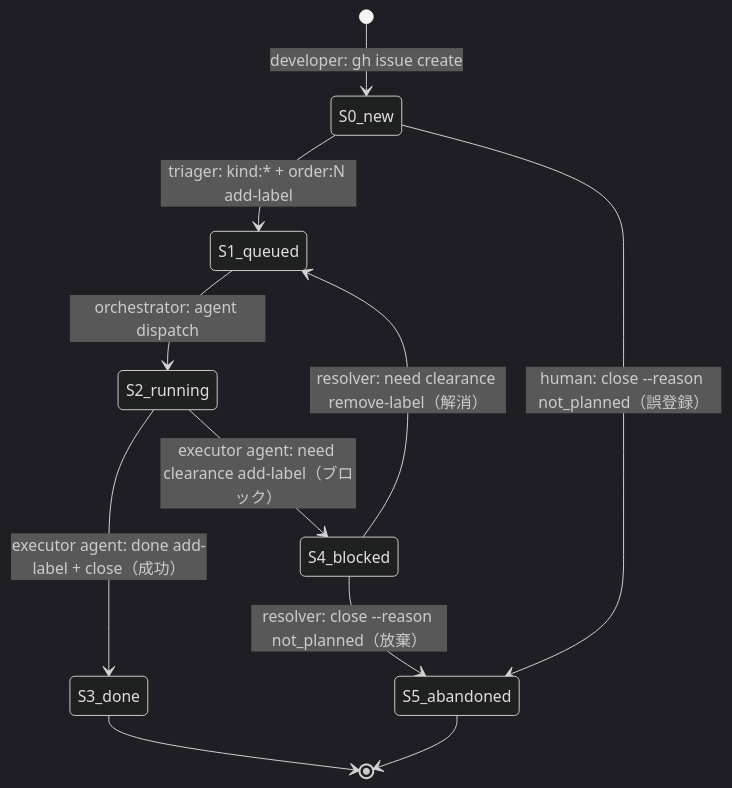
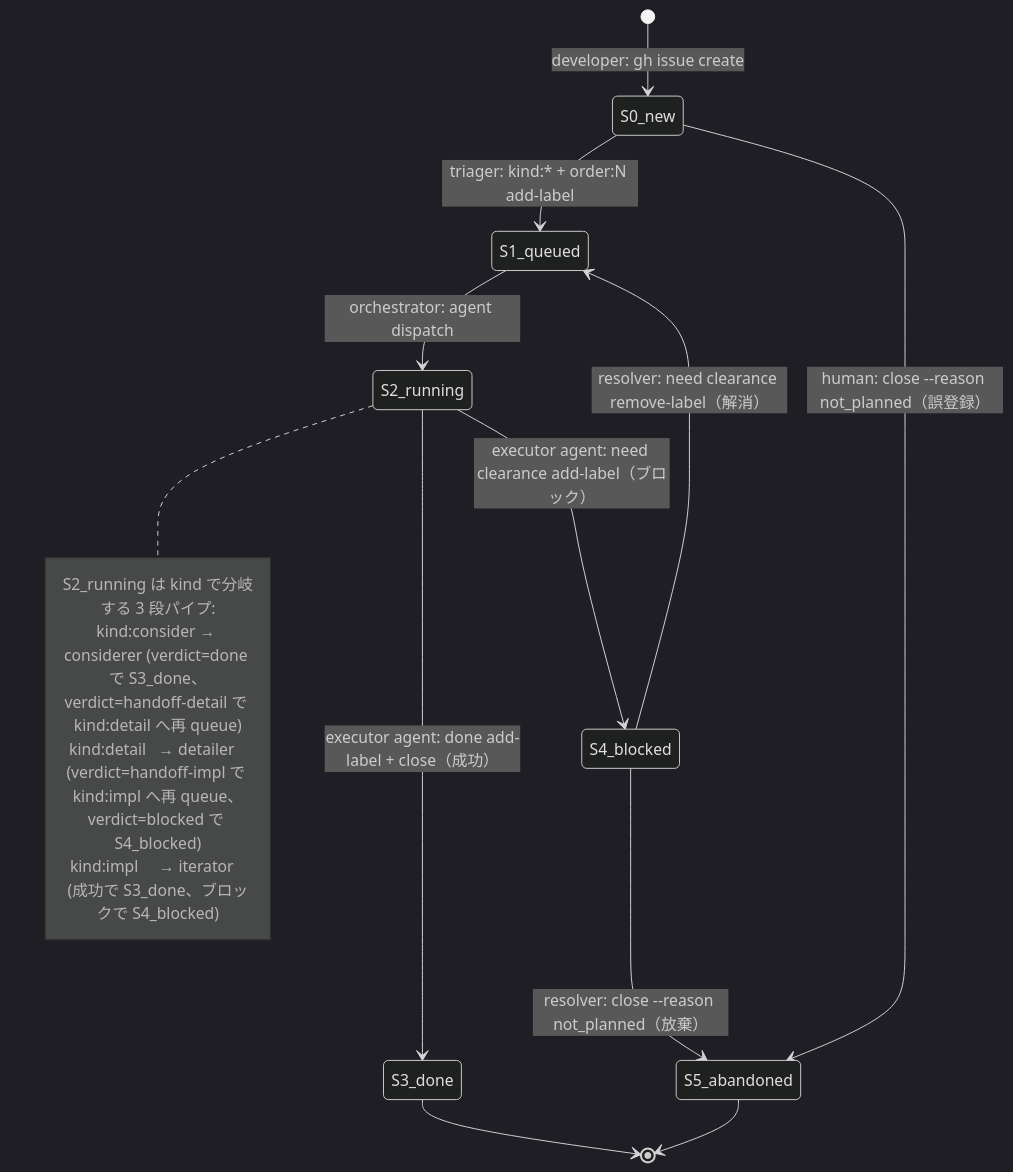
Before and after one commit to tettuan/climpt: the first of 3 diagrams in .agent/workflow-issue-states.md, drawn with Mermaid (dark theme). The commit also changed other lines of this file and 13 other files, not shown here.

````diff
--- a/.agent/workflow-issue-states.md
+++ b/.agent/workflow-issue-states.md
@@ -35,18 +35,27 @@
 ```mermaid
 stateDiagram-v2
     [*] --> S0_new : developer: gh issue create
 
     S0_new --> S1_queued : triager: kind:* + order:N add-label
 
     S1_queued --> S2_running : orchestrator: agent dispatch
     S2_running --> S3_done   : executor agent: done add-label + close（成功）
     S2_running --> S4_blocked : executor agent: need clearance add-label（ブロック）
 
+    note right of S2_running
+      S2_running は kind で分岐する 3 段パイプ:
+      kind:consider → considerer (verdict=done で S3_done、
+                                   verdict=handoff-detail で kind:detail へ再 queue)
+      kind:detail   → detailer   (verdict=handoff-impl で kind:impl へ再 queue、
+                                   verdict=blocked で S4_blocked)
+      kind:impl     → iterator   (成功で S3_done、ブロックで S4_blocked)
+    end note
+
     S4_blocked --> S1_queued   : resolver: need clearance remove-label（解消）
     S4_blocked --> S5_abandoned : resolver: close --reason not_planned（放棄）
 
     S0_new --> S5_abandoned : human: close --reason not_planned（誤登録）
 
     S3_done --> [*]
     S5_abandoned --> [*]
 ```
````
